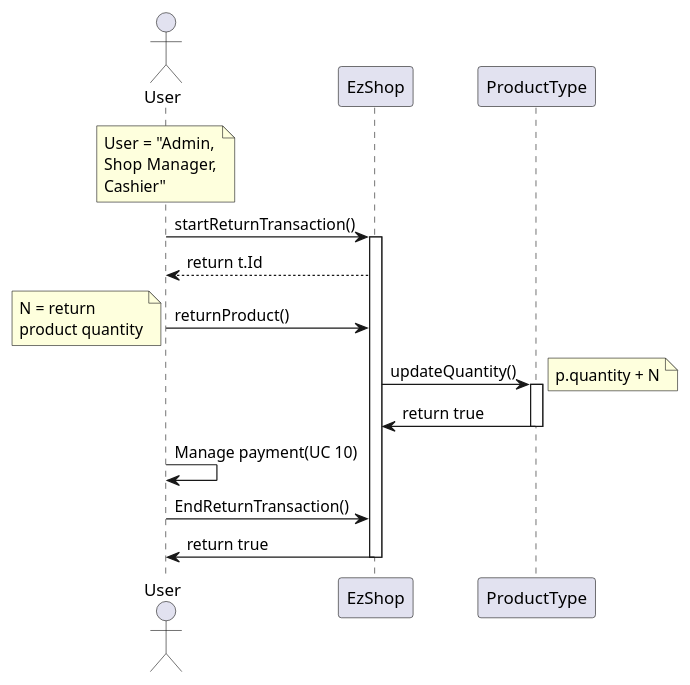
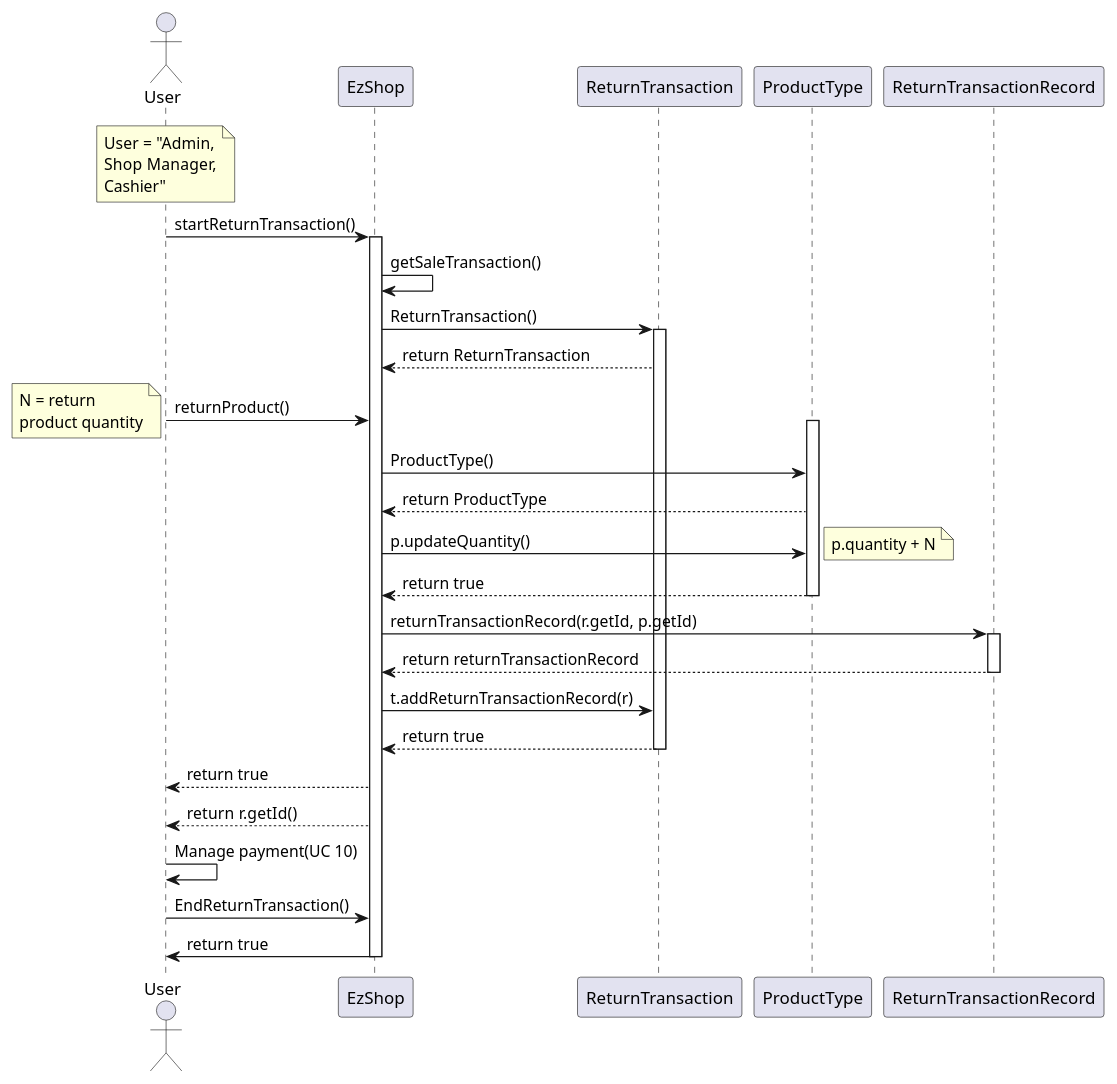
Before and after one commit to paocela/EzShop: diagram 27 of 30 in Deliverables/DesignDocument.md, drawn with PlantUML. The commit also changed other lines of this file, not shown here.

Commit message:
Updated scenario 8.1/8.2, class diagram

````diff
--- a/Deliverables/DesignDocument.md
+++ b/Deliverables/DesignDocument.md
@@ -814,19 +815,34 @@
 ```plantuml
 actor User
 note over User : User = "Admin,\nShop Manager,\nCashier"
 User -> EzShop : startReturnTransaction()
 activate EzShop
-User <-- EzShop : return t.Id
+EzShop -> EzShop : getSaleTransaction()
+EzShop -> ReturnTransaction  : ReturnTransaction()
+activate ReturnTransaction
+EzShop <-- ReturnTransaction  : return ReturnTransaction
 User -> EzShop : returnProduct()
 note left : N = return \nproduct quantity
-EzShop -> ProductType : updateQuantity()
 activate ProductType
+EzShop -> ProductType : ProductType()
+EzShop <-- ProductType : return ProductType
+EzShop -> ProductType : p.updateQuantity()
 note right : p.quantity + N
-EzShop <- ProductType : return true
+EzShop <-- ProductType : return true
 deactivate ProductType
+EzShop -> ReturnTransactionRecord : returnTransactionRecord(r.getId, p.getId)
+activate ReturnTransactionRecord
+EzShop <-- ReturnTransactionRecord : return returnTransactionRecord
+deactivate ReturnTransactionRecord
+EzShop -> ReturnTransaction : t.addReturnTransactionRecord(r)
+EzShop <-- ReturnTransaction : return true
+deactivate ProductType
+deactivate ReturnTransaction
+User <-- EzShop : return true
+User <-- EzShop : return r.getId()
 User -> User : Manage payment(UC 10)
 User -> EzShop : EndReturnTransaction()
 User <- EzShop : return true
 deactivate EzShop
 
 ```
````
